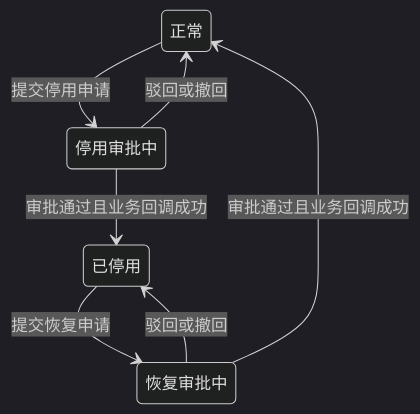
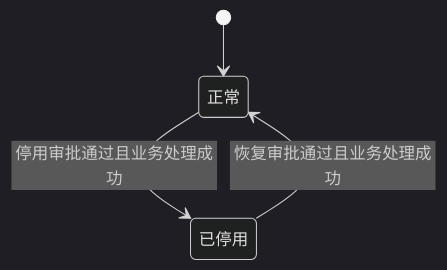
The diagram in prd-workspace/current/user-flows/FLOW-04-M05-deactivation-lifecycle.md (Joker-1030/Yingjia-Internal-Management-System), drawn with Mermaid (dark theme) before and after one commit. The commit also changed other lines of this file and 117 other files, not shown here.

````diff
--- a/prd-workspace/current/user-flows/FLOW-04-M05-deactivation-lifecycle.md
+++ b/prd-workspace/current/user-flows/FLOW-04-M05-deactivation-lifecycle.md
@@ -8,9 +8,6 @@
 ```mermaid
 stateDiagram-v2
-    正常 --> 停用审批中: 提交停用申请
-    停用审批中 --> 正常: 驳回或撤回
-    停用审批中 --> 已停用: 审批通过且业务回调成功
-    已停用 --> 恢复审批中: 提交恢复申请
-    恢复审批中 --> 已停用: 驳回或撤回
-    恢复审批中 --> 正常: 审批通过且业务回调成功
+    [*] --> 正常
+    正常 --> 已停用: 停用审批通过且业务处理成功
+    已停用 --> 正常: 恢复审批通过且业务处理成功
 ```
````
